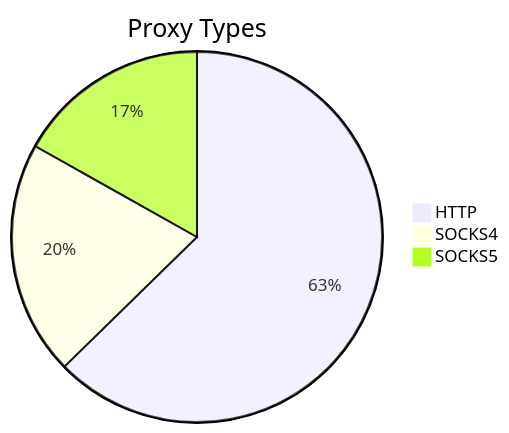
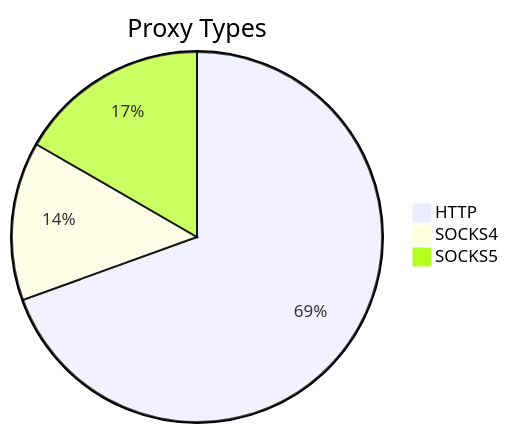
One commit to stormsia/proxy-list changed the first of 2 diagrams in README.md. Above: the diagram before and after it, drawn with Mermaid. The commit also changed other lines of this file, not shown here.

````diff
--- a/README.md
+++ b/README.md
@@ -21,6 +21,6 @@
 ```mermaid
 pie title Proxy Types
-    "HTTP" : 398
-    "SOCKS4" : 130
-    "SOCKS5" : 107
+    "HTTP" : 346
+    "SOCKS4" : 69
+    "SOCKS5" : 83
 ```
````
